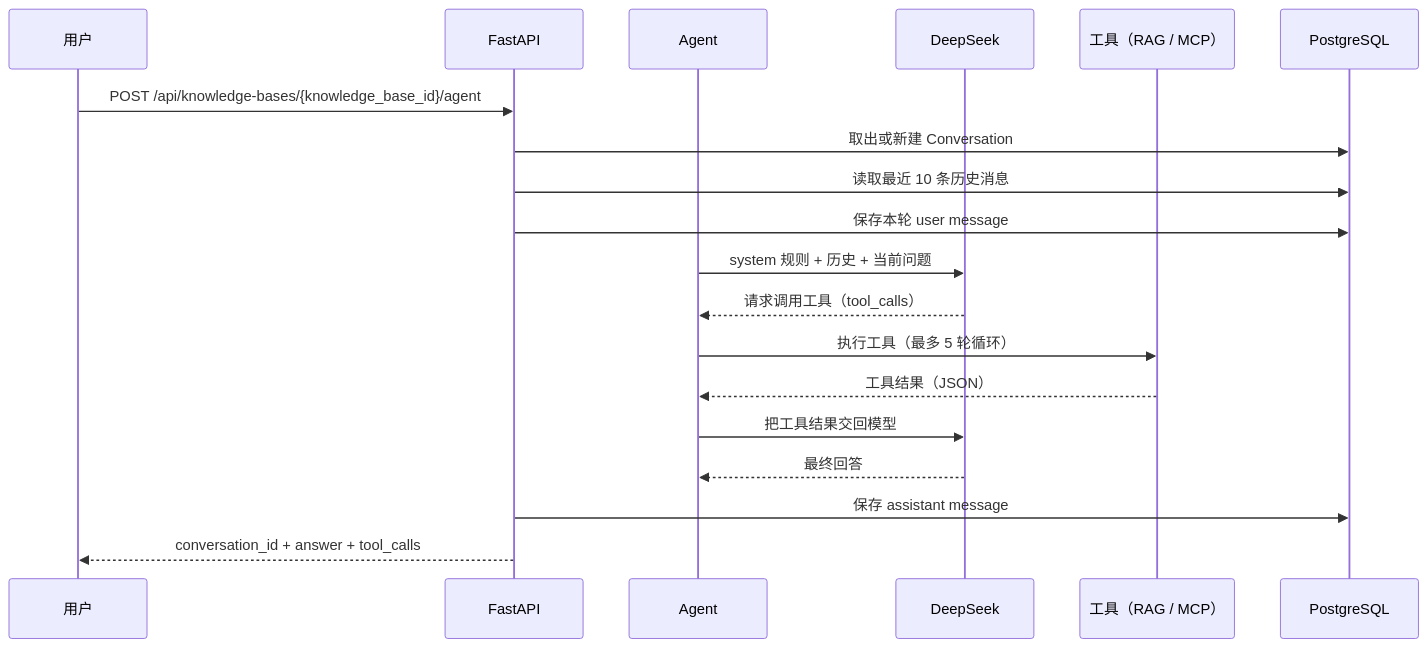
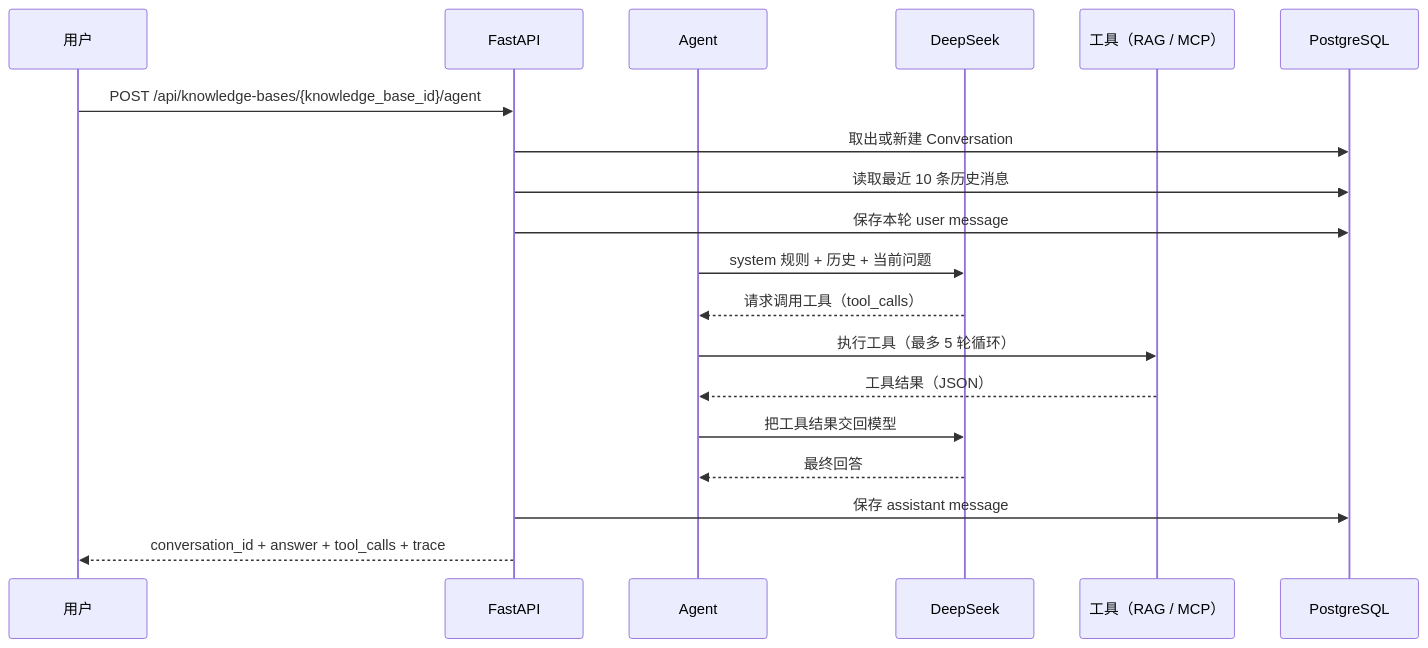
Before and after one commit to lh350-clou/ai-agent-platform: the second of 3 diagrams in README.md, drawn with Mermaid. The commit also changed other lines of this file and 10 other files, not shown here.

````diff
--- a/README.md
+++ b/README.md
@@ -113,26 +113,26 @@
 ```mermaid
 sequenceDiagram
     participant U as 用户
     participant API as FastAPI
     participant A as Agent
     participant D as DeepSeek
     participant T as 工具（RAG / MCP）
     participant DB as PostgreSQL
 
     U->>API: POST /api/knowledge-bases/{knowledge_base_id}/agent
     API->>DB: 取出或新建 Conversation
     API->>DB: 读取最近 10 条历史消息
     API->>DB: 保存本轮 user message
 
     A->>D: system 规则 + 历史 + 当前问题
     D-->>A: 请求调用工具（tool_calls）
 
     A->>T: 执行工具（最多 5 轮循环）
     T-->>A: 工具结果（JSON）
 
     A->>D: 把工具结果交回模型
     D-->>A: 最终回答
 
     API->>DB: 保存 assistant message
-    API-->>U: conversation_id + answer + tool_calls
+    API-->>U: conversation_id + answer + tool_calls + trace
 ```
````
